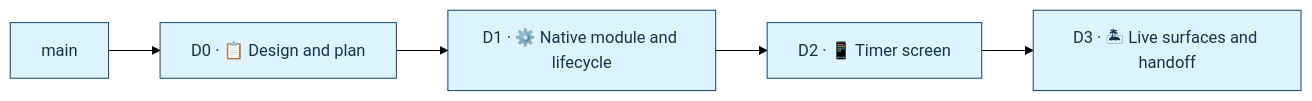
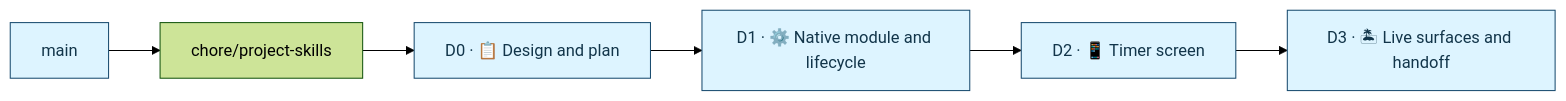
Before and after one commit to benschac/boldvoice: the fourth of 4 diagrams in IMPLEMENTATION_PLAN.md, drawn with Mermaid (forest theme). The commit also changed other lines of this file and 29 other files, not shown here.

````diff
--- a/IMPLEMENTATION_PLAN.md
+++ b/IMPLEMENTATION_PLAN.md
@@ -193,9 +207,9 @@
 ```mermaid
 flowchart LR
-    Main["main"] --> D0["D0 · 📋 Design and plan"]
+    Main["main"] --> Skills["chore/project-skills"] --> D0["D0 · 📋 Design and plan"]
     D0 --> D1["D1 · ⚙️ Native module and lifecycle"]
     D1 --> D2["D2 · 📱 Timer screen"]
     D2 --> D3["D3 · 🏝 Live surfaces and handoff"]
     classDef diff fill:#DDF4FF,stroke:#174A6E,color:#12354A
     class Main,D0,D1,D2,D3 diff
 ```
````
